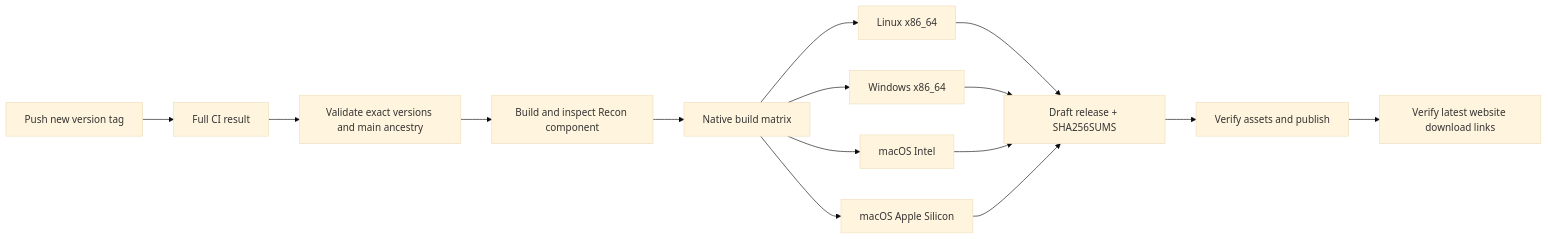
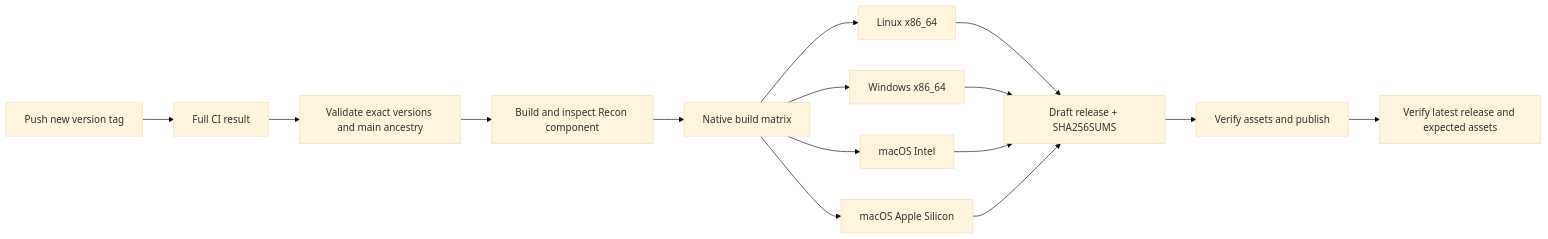
Before and after one commit to anonto42/poly.glid_security_workspace: the fourth of 4 diagrams in docs/architecture/PROJECT_FLOW.md, drawn with Mermaid (base theme). The commit also changed other lines of this file and 21 other files, not shown here.

````diff
--- a/docs/architecture/PROJECT_FLOW.md
+++ b/docs/architecture/PROJECT_FLOW.md
@@ -123,17 +121,17 @@
 ```mermaid
 flowchart LR
     Tag[Push new version tag] --> CI[Full CI result]
     CI --> Preflight[Validate exact versions and main ancestry]
     Preflight --> Plugin[Build and inspect Recon component]
     Plugin --> Matrix[Native build matrix]
     Matrix --> Linux[Linux x86_64]
     Matrix --> Windows[Windows x86_64]
     Matrix --> MacIntel[macOS Intel]
     Matrix --> MacArm[macOS Apple Silicon]
     Linux --> Draft[Draft release + SHA256SUMS]
     Windows --> Draft
     MacIntel --> Draft
     MacArm --> Draft
     Draft --> Publish[Verify assets and publish]
-    Publish --> Website[Verify latest website download links]
+    Publish --> Website[Verify latest release and expected assets]
 ```
````
